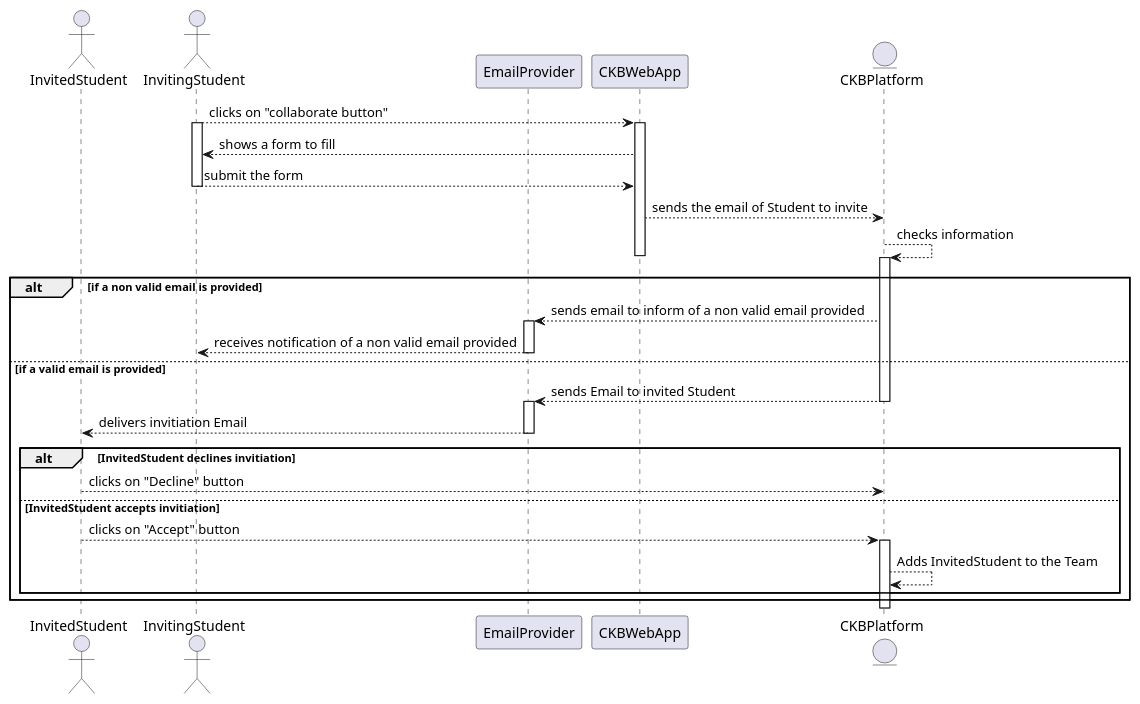
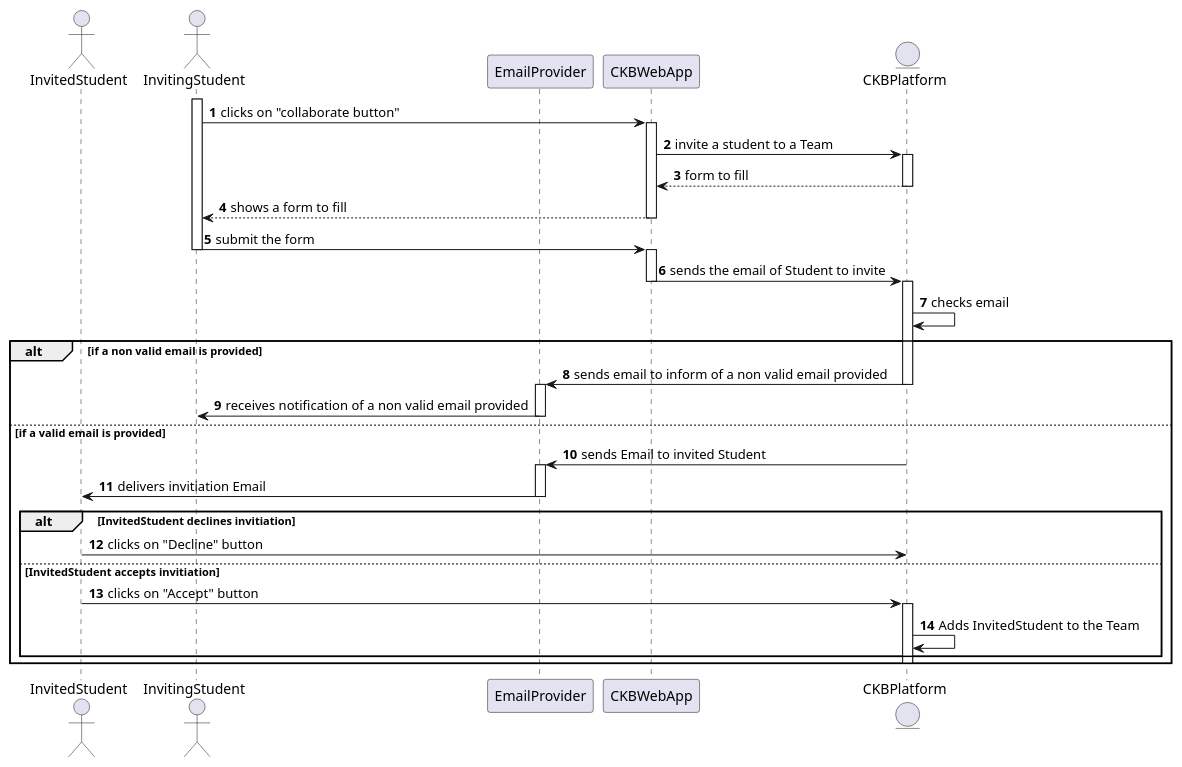
The diagram in _RASD/Images/UML/sequenceDiagram/sequenceDiagramUC4b.wsd (Angelo7672/SE2_Requirement-and-Design-Document), drawn with PlantUML before and after one commit. The commit also changed 24 other files, not shown here.

Commit message:
sequence diagram fix

```diff
--- a/_RASD/Images/UML/sequenceDiagram/sequenceDiagramUC4b.wsd
+++ b/_RASD/Images/UML/sequenceDiagram/sequenceDiagramUC4b.wsd
@@ -1,38 +1,50 @@
 @startuml
+
+autonumber
+
 actor InvitedStudent as UB
 actor InvitingStudent as UA
 participant EmailProvider as E
 participant CKBWebApp as A
 entity CKBPlatform as P
 
-UA--->A: clicks on "collaborate button"
 activate UA
+UA -> A: clicks on "collaborate button"
 activate A
-UA<---A: shows a form to fill 
-UA--->A: submit the form
+A -> P: invite a student to a Team
+activate P
+P --> A: form to fill
+deactivate P
+UA <-- A: shows a form to fill
+deactivate A
+UA -> A: submit the form
 deactivate UA
-A---->P: sends the email of Student to invite
-P-->P: checks information
+activate A
+A -> P: sends the email of Student to invite
 deactivate A
+activate P
+P -> P: checks email
+deactivate A
+
 alt if a non valid email is provided
-    activate P
-    P-->E: sends email to inform of a non valid email provided
+    P -> E: sends email to inform of a non valid email provided
+    deactivate P
     activate E
-    E-->UA: receives notification of a non valid email provided
+    E -> UA: receives notification of a non valid email provided
     deactivate E
 else if a valid email is provided
-P---->E: sends Email to invited Student
-deactivate P
-activate E
-E---->UB: delivers invitiation Email
-deactivate E
+    P -> E: sends Email to invited Student
+    activate E
+    E -> UB: delivers invitiation Email
+    deactivate E
 
-alt InvitedStudent declines invitiation
-    UB--->P: clicks on "Decline" button
-else InvitedStudent accepts invitiation
-    UB--->P: clicks on "Accept" button
-    activate P
-    P--->P: Adds InvitedStudent to the Team
-end 
+    alt InvitedStudent declines invitiation
+        UB -> P: clicks on "Decline" button
+    else InvitedStudent accepts invitiation
+        UB -> P: clicks on "Accept" button
+        activate P
+        P -> P: Adds InvitedStudent to the Team
+    end
+    deactivate P
 end 
 @enduml
```
